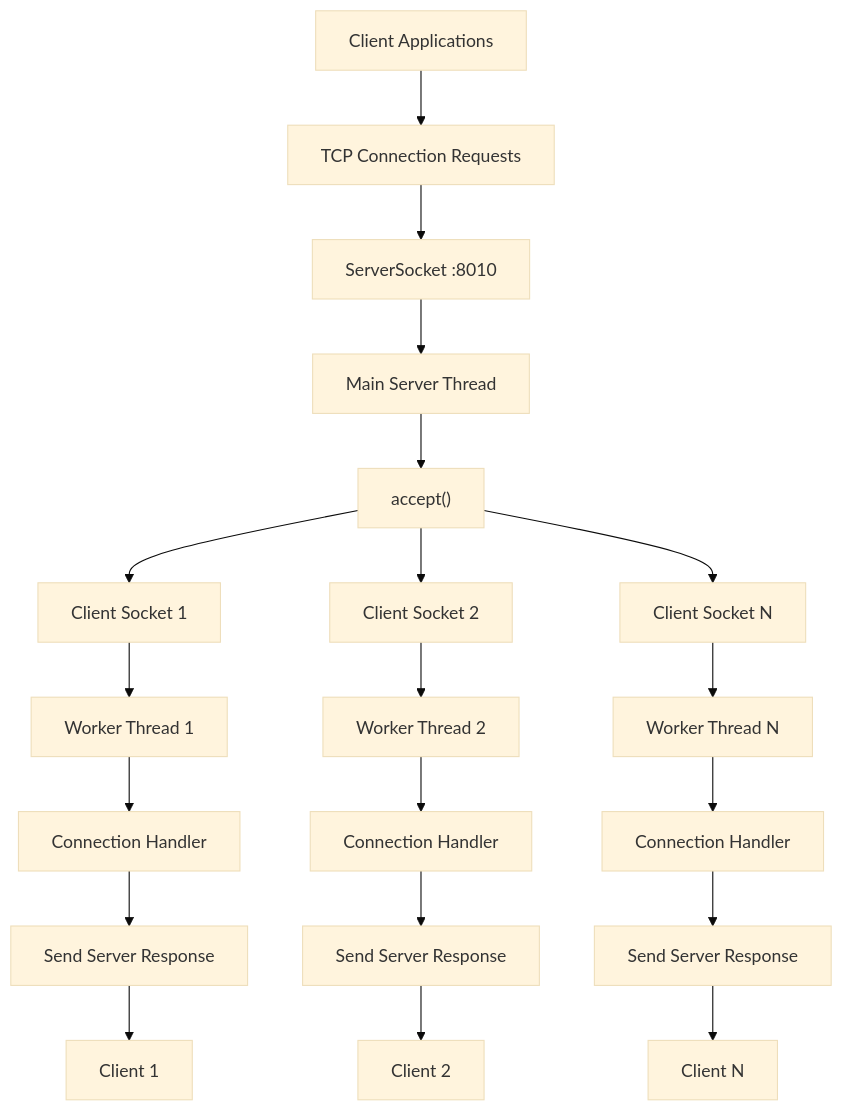
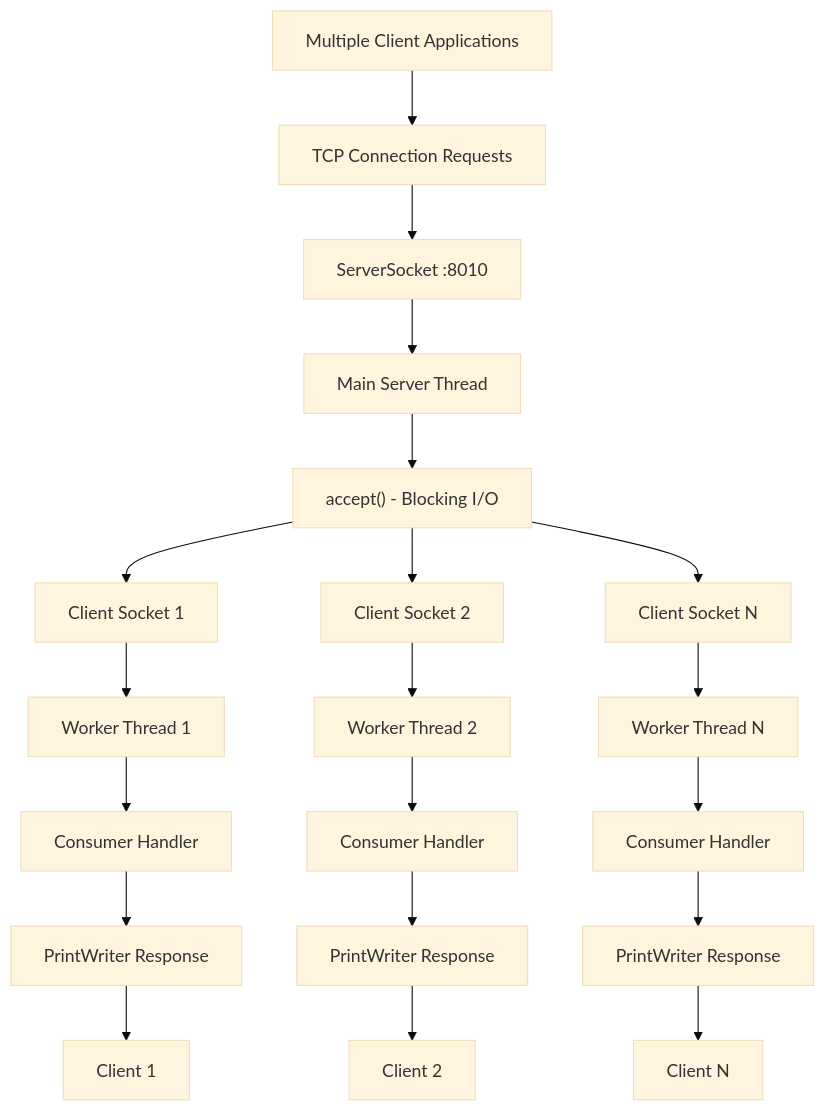
One commit to Mayank1036/Multithreaded-web-server changed the first of 3 diagrams in README.md. Above: the diagram before and after it, drawn with Mermaid (base theme). The commit also changed other lines of this file, not shown here.

````diff
--- a/README.md
+++ b/README.md
@@ -48,27 +53,29 @@
 ```mermaid
 flowchart TD
-    A["Client Applications"] --> B["TCP Connection Requests"]
+    A["Multiple Client Applications"] --> B["TCP Connection Requests"]
+    
     B --> C["ServerSocket :8010"]
     C --> D["Main Server Thread"]
-    D --> E["accept()"]
+    
+    D --> E["accept() - Blocking I/O"]
     
     E --> F["Client Socket 1"]
     E --> G["Client Socket 2"]
     E --> H["Client Socket N"]
     
     F --> I["Worker Thread 1"]
     G --> J["Worker Thread 2"]
     H --> K["Worker Thread N"]
     
-    I --> L["Connection Handler"]
-    J --> M["Connection Handler"]
-    K --> N["Connection Handler"]
+    I --> L["Consumer<Socket> Handler"]
+    J --> M["Consumer<Socket> Handler"]
+    K --> N["Consumer<Socket> Handler"]
     
-    L --> O["Send Server Response"]
-    M --> P["Send Server Response"]
-    N --> Q["Send Server Response"]
+    L --> O["PrintWriter Response"]
+    M --> P["PrintWriter Response"]
+    N --> Q["PrintWriter Response"]
     
     O --> R["Client 1"]
     P --> S["Client 2"]
     Q --> T["Client N"]
 ```
````
